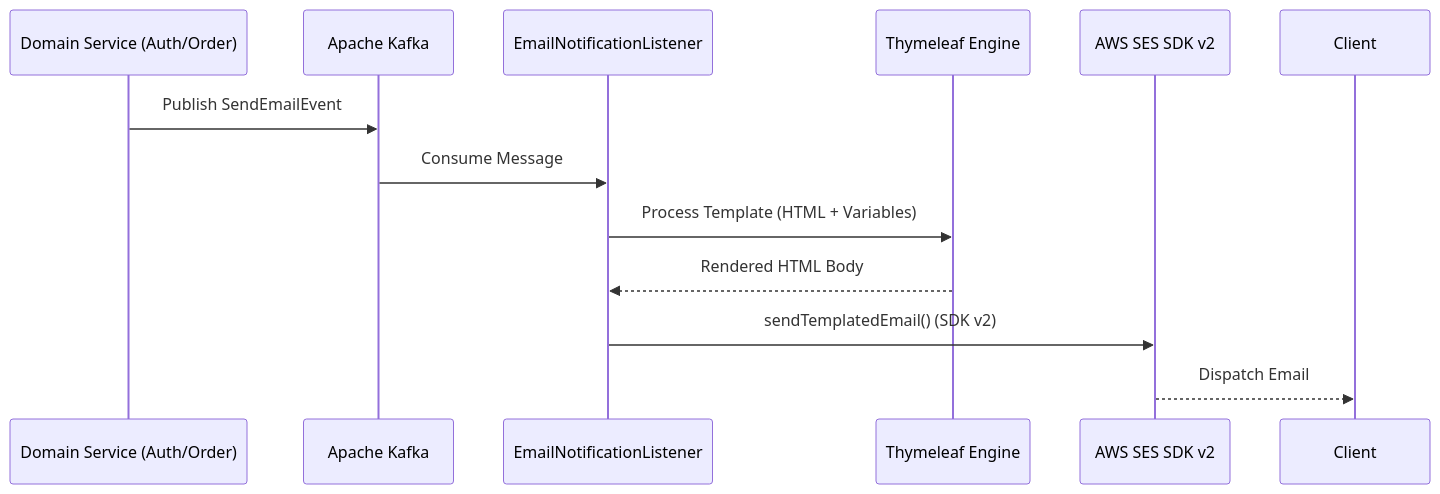
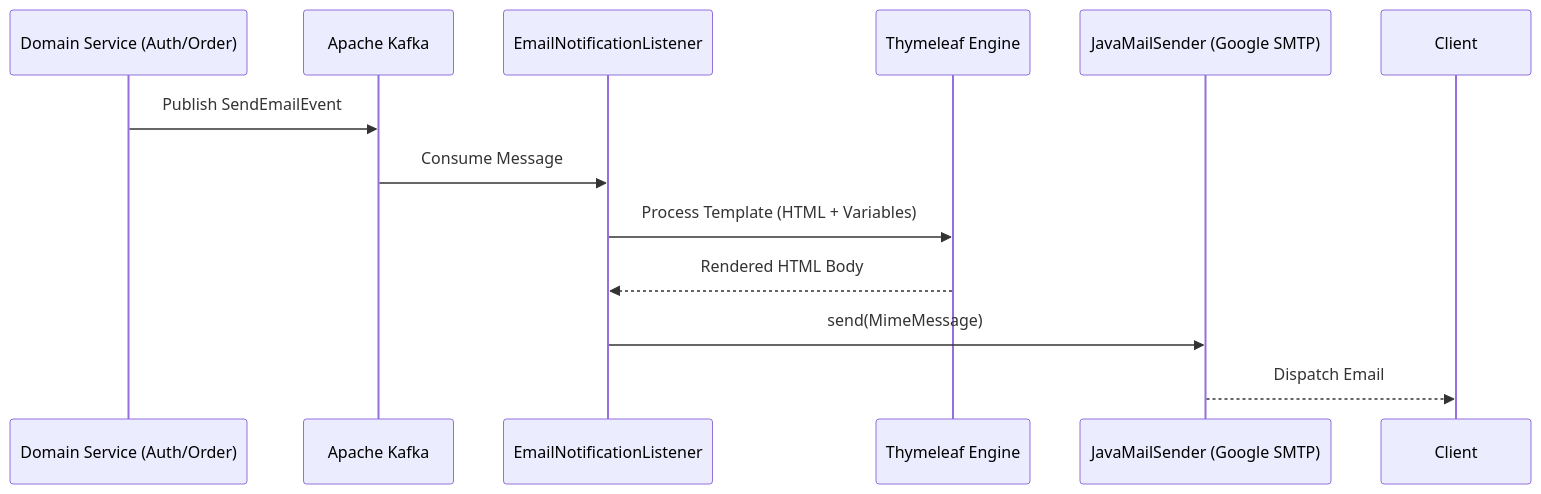
One commit to NguyenMinh1301/Per changed the diagram in document/module/mail/README_en.mail.md. Above: the diagram before and after it, drawn with Mermaid. The commit also changed other lines of this file and 2 other files, not shown here.

First line of the commit message:
docs(mail): update documentation for SMTP migration

````diff
--- a/document/module/mail/README_en.mail.md
+++ b/document/module/mail/README_en.mail.md
@@ -15,15 +15,15 @@
 ```mermaid
 sequenceDiagram
     participant Domain as Domain Service (Auth/Order)
     participant Kafka as Apache Kafka
     participant Listener as EmailNotificationListener
     participant Thymeleaf as Thymeleaf Engine
-    participant AWS_SES as AWS SES SDK v2
+    participant SMTP as JavaMailSender (Google SMTP)
     
     Domain->>Kafka: Publish SendEmailEvent
     Kafka->>Listener: Consume Message
     Listener->>Thymeleaf: Process Template (HTML + Variables)
     Thymeleaf-->>Listener: Rendered HTML Body
-    Listener->>AWS_SES: sendTemplatedEmail() (SDK v2)
-    AWS_SES-->>Client: Dispatch Email
+    Listener->>SMTP: send(MimeMessage)
+    SMTP-->>Client: Dispatch Email
 ```
````
